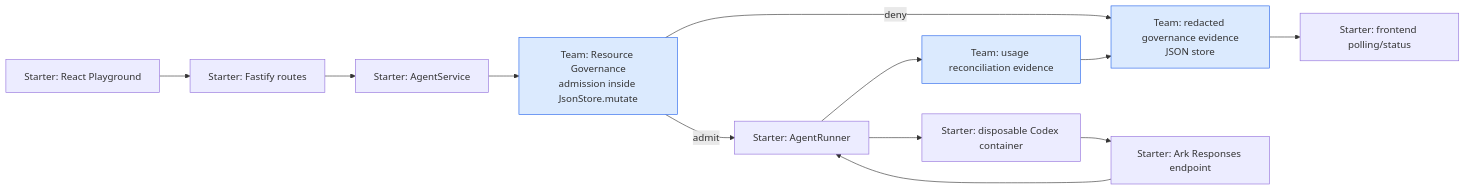
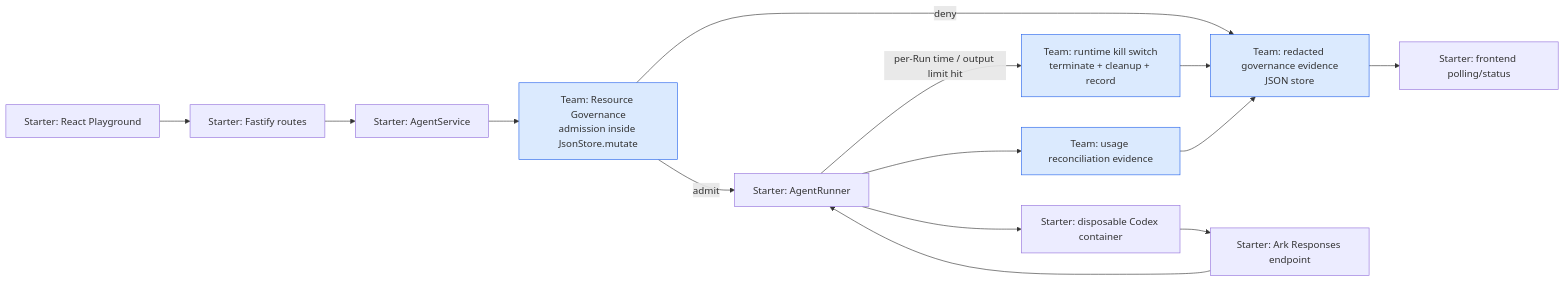
The diagram in docs/RESOURCE_GOVERNANCE.md (Akshay-2007-1/TechTokers), drawn with Mermaid before and after one commit. The commit also changed other lines of this file and 16 other files, not shown here.

````diff
--- a/docs/RESOURCE_GOVERNANCE.md
+++ b/docs/RESOURCE_GOVERNANCE.md
@@ -9,15 +19,17 @@
 ```mermaid
 flowchart LR
   UI["Starter: React Playground"] --> API["Starter: Fastify routes"]
   API --> SVC["Starter: AgentService"]
   SVC --> GOV["Team: Resource Governance\nadmission inside JsonStore.mutate"]
   GOV -->|deny| EV["Team: redacted governance evidence\nJSON store"]
   GOV -->|admit| RUN["Starter: AgentRunner"]
   RUN --> BOX["Starter: disposable Codex container"]
   BOX --> ARK["Starter: Ark Responses endpoint"]
   ARK --> RUN --> REC["Team: usage reconciliation evidence"]
+  RUN -->|"per-Run time / output limit hit"| KILL["Team: runtime kill switch\nterminate + cleanup + record"]
+  KILL --> EV
   REC --> EV
   EV --> POLL["Starter: frontend polling/status"]
   classDef team fill:#dbeafe,stroke:#2563eb;
-  class GOV,EV,REC team;
+  class GOV,EV,REC,KILL team;
 ```
````
